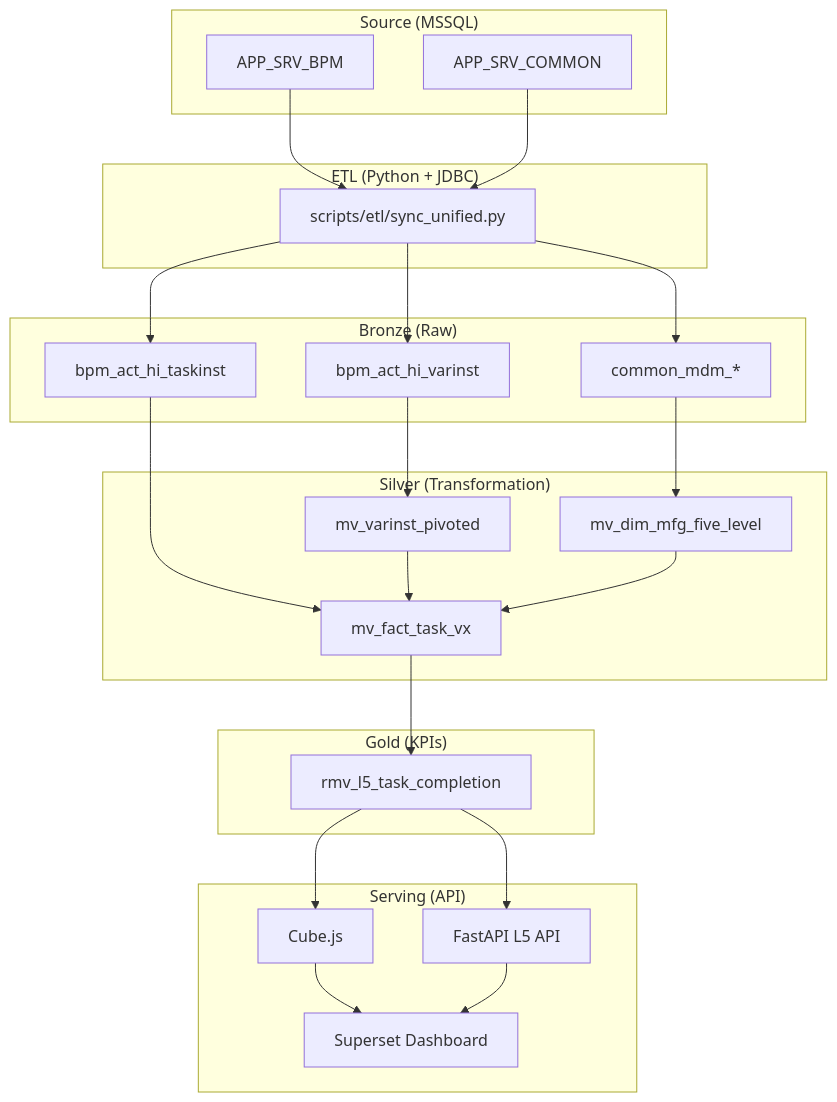
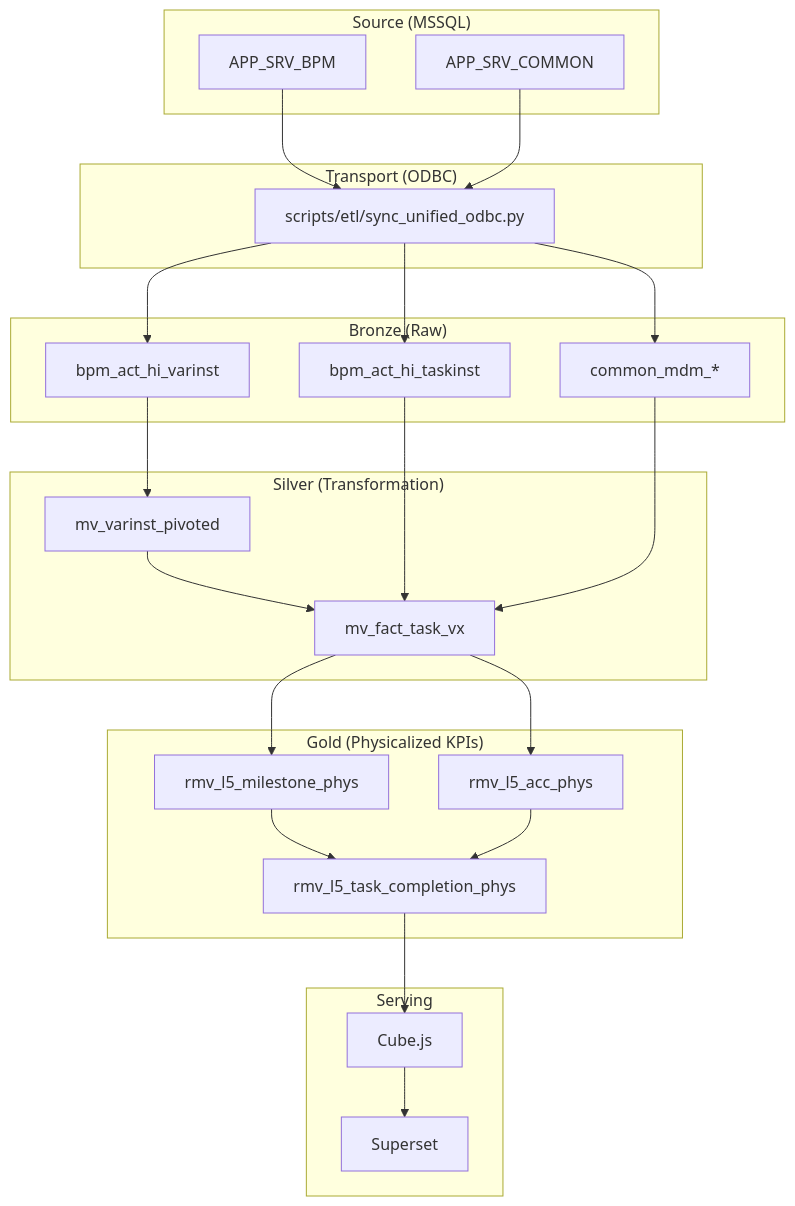
The diagram in docs/01_architecture/01_Architecture_Overview.md (Han-lai/dmp_flowable_etl), drawn with Mermaid before and after one commit. The commit also changed other lines of this file and 16 other files, not shown here.

First line of the commit message:
docs: refactor documentation architecture to support ODBC modernization and JDBC archival

````diff
--- a/docs/01_architecture/01_Architecture_Overview.md
+++ b/docs/01_architecture/01_Architecture_Overview.md
@@ -71,51 +57,51 @@
 ```mermaid
 graph TD
     subgraph "Source (MSSQL)"
         BPM[APP_SRV_BPM]
         COM[APP_SRV_COMMON]
     end
 
-    subgraph "ETL (Python + JDBC)"
-        Sync[scripts/etl/sync_unified.py]
+    subgraph "Transport (ODBC)"
+        Sync[scripts/etl/sync_unified_odbc.py]
     end
 
     subgraph "Bronze (Raw)"
         BT[bpm_act_hi_taskinst]
         BV[bpm_act_hi_varinst]
         BM[common_mdm_*]
     end
 
     subgraph "Silver (Transformation)"
         S1[mv_varinst_pivoted]
-        S2[mv_dim_mfg_five_level]
-        S3[mv_fact_task_vx]
+        S2[mv_fact_task_vx]
     end
 
-    subgraph "Gold (KPIs)"
-        G1[rmv_l5_task_completion]
+    subgraph "Gold (Physicalized KPIs)"
+        G1[rmv_l5_milestone_phys]
+        G2[rmv_l5_acc_phys]
+        G3[rmv_l5_task_completion_phys]
     end
 
-    subgraph "Serving (API)"
+    subgraph "Serving"
         Cube[Cube.js]
-        FastAPI[FastAPI L5 API]
-        Super[Superset Dashboard]
+        Super[Superset]
     end
 
     BPM --> Sync
     COM --> Sync
     Sync --> BT
     Sync --> BV
     Sync --> BM
 
     BV --> S1
+    S1 --> S2
+    BT --> S2
     BM --> S2
-    BT --> S3
-    S1 --> S3
-    S2 --> S3
 
-    S3 --> G1
-    G1 --> Cube
-    G1 --> FastAPI
+    S2 --> G1
+    S2 --> G2
+    G1 --> G3
+    G2 --> G3
+    G3 --> Cube
     Cube --> Super
-    FastAPI --> Super
 ```
````
